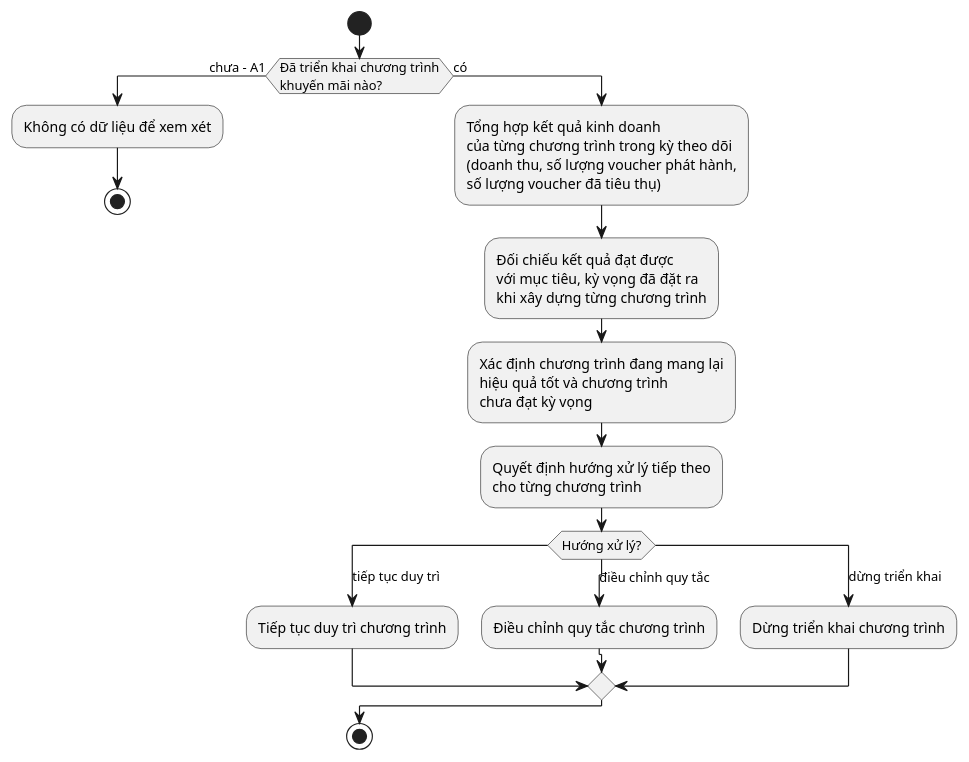
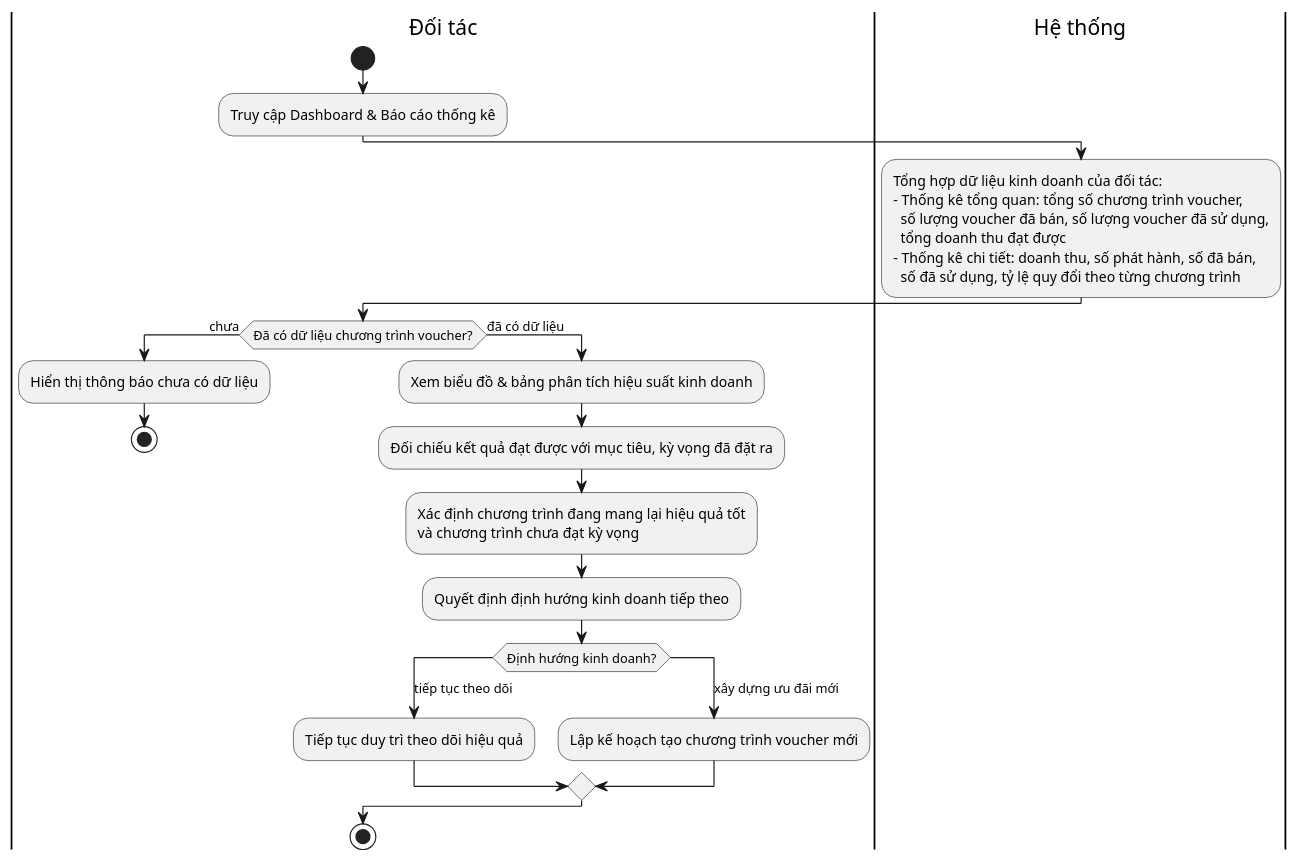
The diagram in doc/activity/doitac/BUC04_theo_doi_hieu_qua_kinh_doanh.wsd (Ngo-The-Dat/e-voucher-system), drawn with PlantUML before and after one commit. The commit also changed other lines of this file and 4 other files, not shown here.

Commit message:
feat: update use case diagrams for partner management and voucher system, enhancing detail and clarity

```diff
--- a/doc/activity/doitac/BUC04_theo_doi_hieu_qua_kinh_doanh.wsd
+++ b/doc/activity/doitac/BUC04_theo_doi_hieu_qua_kinh_doanh.wsd
@@ -1,36 +1,36 @@
 @startuml
 |Đối tác|
 start
 
-if (Đã triển khai chương trình\nkhuyến mãi nào?) then (chưa - A1)
-  :Không có dữ liệu để xem xét;
+:Truy cập Dashboard & Báo cáo thống kê;
+
+|Hệ thống|
+:Tổng hợp dữ liệu kinh doanh của đối tác:
+- Thống kê tổng quan: tổng số chương trình voucher,
+  số lượng voucher đã bán, số lượng voucher đã sử dụng,
+  tổng doanh thu đạt được
+- Thống kê chi tiết: doanh thu, số phát hành, số đã bán,
+  số đã sử dụng, tỷ lệ quy đổi theo từng chương trình;
+
+|Đối tác|
+if (Đã có dữ liệu chương trình voucher?) then (chưa)
+  :Hiển thị thông báo chưa có dữ liệu;
   stop
-else (có)
-  :Tổng hợp kết quả kinh doanh
-  của từng chương trình trong kỳ theo dõi
-  (doanh thu, số lượng voucher phát hành,
-  số lượng voucher đã tiêu thụ);
+else (đã có dữ liệu)
+  :Xem biểu đồ & bảng phân tích hiệu suất kinh doanh;
+  :Đối chiếu kết quả đạt được với mục tiêu, kỳ vọng đã đặt ra;
+  :Xác định chương trình đang mang lại hiệu quả tốt
+  và chương trình chưa đạt kỳ vọng;
 
-  :Đối chiếu kết quả đạt được
-  với mục tiêu, kỳ vọng đã đặt ra
-  khi xây dựng từng chương trình;
+  :Quyết định định hướng kinh doanh tiếp theo;
 
-  :Xác định chương trình đang mang lại
-  hiệu quả tốt và chương trình
-  chưa đạt kỳ vọng;
-
-  :Quyết định hướng xử lý tiếp theo
-  cho từng chương trình;
-
-  switch (Hướng xử lý?)
-  case (tiếp tục duy trì)
-    :Tiếp tục duy trì chương trình;
-  case (điều chỉnh quy tắc)
-    :Điều chỉnh quy tắc chương trình;
-  case (dừng triển khai)
-    :Dừng triển khai chương trình;
+  switch (Định hướng kinh doanh?)
+  case (tiếp tục theo dõi)
+    :Tiếp tục duy trì theo dõi hiệu quả;
+  case (xây dựng ưu đãi mới)
+    :Lập kế hoạch tạo chương trình voucher mới;
   endswitch
 endif
 
 stop
 @enduml
```
